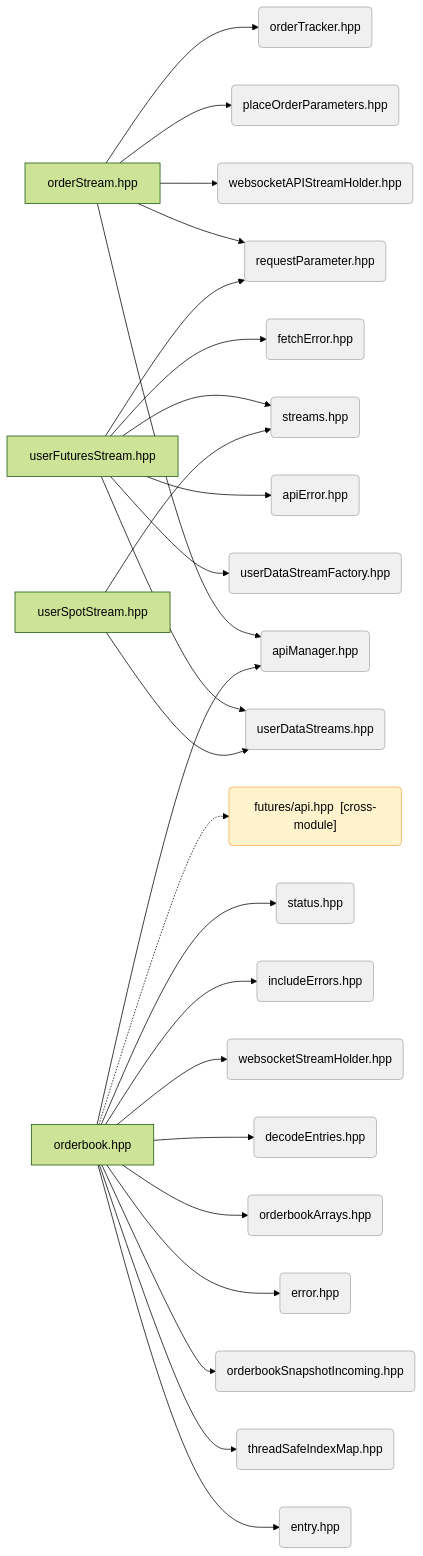
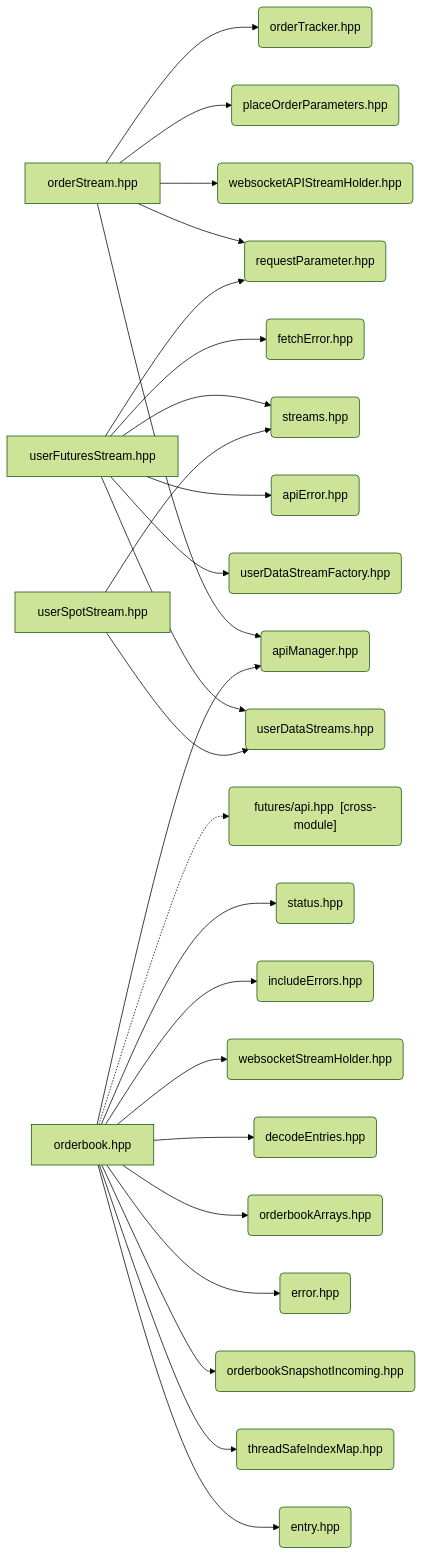
One commit to Datakan13/AstraConnect changed the sixth of 6 diagrams in doc/DEPENDENCY_GRAPH.md. Above: the diagram before and after it, drawn with Mermaid (forest theme). The commit also changed other lines of this file, not shown here.

Commit message:
Fixed dependency graph

````diff
--- a/doc/DEPENDENCY_GRAPH.md
+++ b/doc/DEPENDENCY_GRAPH.md
@@ -320,51 +316,49 @@
 ```mermaid
 graph LR
-    classDef found fill:#f0f0f0,stroke:#aaa
-    classDef cross fill:#fff3cd,stroke:#f0ad4e
 
-    RP(requestParameter.hpp):::found
-    MGR(apiManager.hpp):::found
-    WAPI(websocketAPIStreamHolder.hpp):::found
-    POP(placeOrderParameters.hpp):::found
-    OT(orderTracker.hpp):::found
-    UDS(userDataStreams.hpp):::found
-    UDF(userDataStreamFactory.hpp):::found
-    AE(apiError.hpp):::found
-    FE(fetchError.hpp):::found
-    STR(streams.hpp):::found
-    EN(entry.hpp):::found
-    TSI(threadSafeIndexMap.hpp):::found
-    OBS(orderbookSnapshotIncoming.hpp):::found
-    ER(error.hpp):::found
-    OBA(orderbookArrays.hpp):::found
-    DE(decodeEntries.hpp):::found
-    WSH(websocketStreamHolder.hpp):::found
-    IE(includeErrors.hpp):::found
-    ST(status.hpp):::found
-    FA("futures/api.hpp  [cross-module]"):::cross
+    RP(requestParameter.hpp)
+    MGR(apiManager.hpp)
+    WAPI(websocketAPIStreamHolder.hpp)
+    POP(placeOrderParameters.hpp)
+    OT(orderTracker.hpp)
+    UDS(userDataStreams.hpp)
+    UDF(userDataStreamFactory.hpp)
+    AE(apiError.hpp)
+    FE(fetchError.hpp)
+    STR(streams.hpp)
+    EN(entry.hpp)
+    TSI(threadSafeIndexMap.hpp)
+    OBS(orderbookSnapshotIncoming.hpp)
+    ER(error.hpp)
+    OBA(orderbookArrays.hpp)
+    DE(decodeEntries.hpp)
+    WSH(websocketStreamHolder.hpp)
+    IE(includeErrors.hpp)
+    ST(status.hpp)
+    FA("futures/api.hpp  [cross-module]")
 
     OS[orderStream.hpp]        --> RP
     OS                         --> MGR
     OS                         --> WAPI
     OS                         --> POP
     OS                         --> OT
     UFS[userFuturesStream.hpp] --> UDS
     UFS                        --> UDF
     UFS                        --> AE
     UFS                        --> FE
     UFS                        --> RP
     UFS                        --> STR
     USS[userSpotStream.hpp]    --> UDS
     USS                        --> STR
     OB[orderbook.hpp]          --> EN
     OB                         --> TSI
     OB                         --> OBS
     OB                         --> ER
     OB                         --> OBA
     OB                         --> DE
     OB                         --> WSH
     OB                         --> MGR
     OB                         --> IE
     OB                         --> ST
     OB                         -.-> FA
 ```
````
